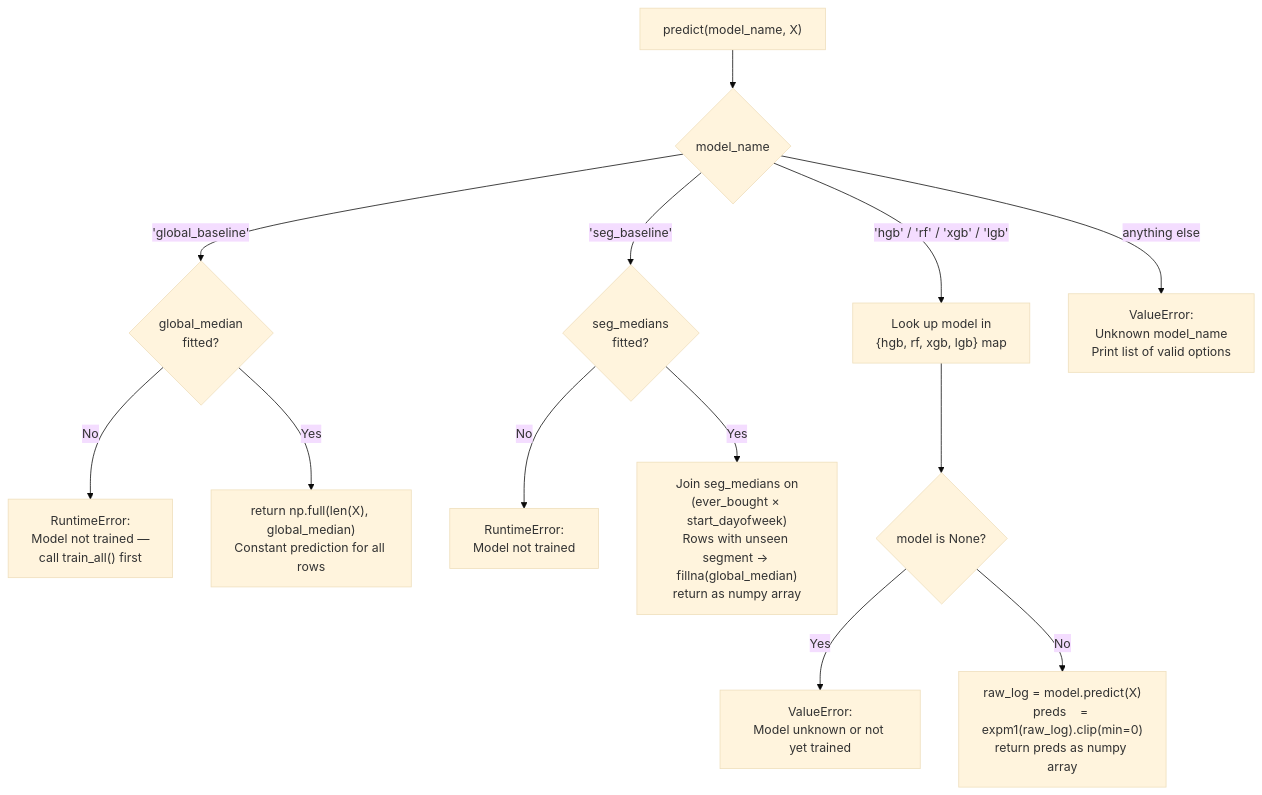
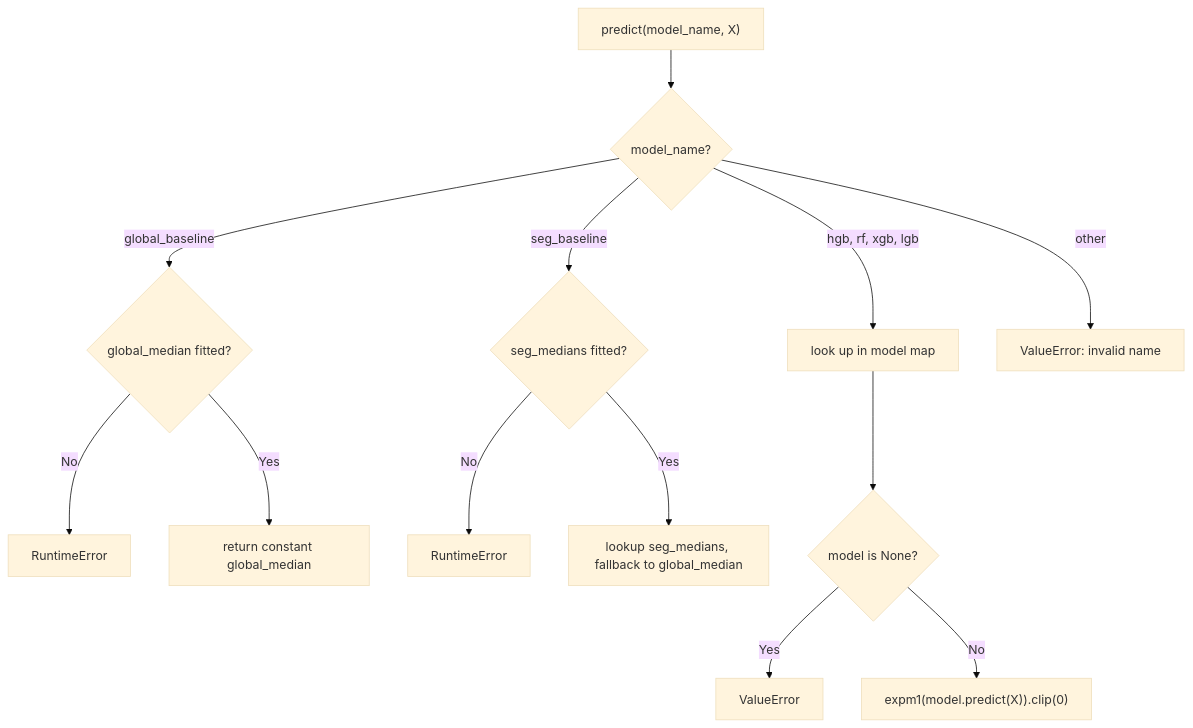
One commit to udit-asopa/data-science-assignment-nosto changed the seventh of 9 diagrams in docs/06_diagrams.md. Above: the diagram before and after it, drawn with Mermaid (base theme). The commit also changed other lines of this file and 1 other file, not shown here.

````diff
--- a/docs/06_diagrams.md
+++ b/docs/06_diagrams.md
@@ -220,35 +163,35 @@
 ```mermaid
 flowchart TD
     CALL["predict(model_name, X)"]
-    ROUTER{model_name}
+    R{model_name?}
 
-    GB{"global_median\nfitted?"}
-    GBERR["RuntimeError:\nModel not trained —\ncall train_all() first"]
-    GBRET["return np.full(len(X), global_median)\nConstant prediction for all rows"]
+    GBQ{global_median fitted?}
+    GBERR["RuntimeError"]
+    GBRET["return constant global_median"]
 
-    SB{"seg_medians\nfitted?"}
-    SBERR["RuntimeError:\nModel not trained"]
-    SBRET["Join seg_medians on\n(ever_bought × start_dayofweek)\nRows with unseen segment → fillna(global_median)\nreturn as numpy array"]
+    SBQ{seg_medians fitted?}
+    SBERR["RuntimeError"]
+    SBRET["lookup seg_medians, fallback to global_median"]
 
-    ML["Look up model in\n{hgb, rf, xgb, lgb} map"]
+    ML["look up in model map"]
     MLNULL{model is None?}
-    MLERR["ValueError:\nModel unknown or not yet trained"]
-    MLRET["raw_log = model.predict(X)\npreds    = expm1(raw_log).clip(min=0)\nreturn preds as numpy array"]
+    MLERR["ValueError"]
+    MLRET["expm1(model.predict(X)).clip(0)"]
 
-    UNK["ValueError:\nUnknown model_name\nPrint list of valid options"]
+    UNK["ValueError: invalid name"]
 
-    CALL --> ROUTER
-    ROUTER -->|"'global_baseline'"| GB
-    GB -->|No| GBERR
-    GB -->|Yes| GBRET
+    CALL --> R
+    R -->|global_baseline| GBQ
+    GBQ -->|No| GBERR
+    GBQ -->|Yes| GBRET
 
-    ROUTER -->|"'seg_baseline'"| SB
-    SB -->|No| SBERR
-    SB -->|Yes| SBRET
+    R -->|seg_baseline| SBQ
+    SBQ -->|No| SBERR
+    SBQ -->|Yes| SBRET
 
-    ROUTER -->|"'hgb' / 'rf' / 'xgb' / 'lgb'"| ML --> MLNULL
+    R -->|hgb, rf, xgb, lgb| ML --> MLNULL
     MLNULL -->|Yes| MLERR
     MLNULL -->|No| MLRET
 
-    ROUTER -->|anything else| UNK
+    R -->|other| UNK
 ```
````
